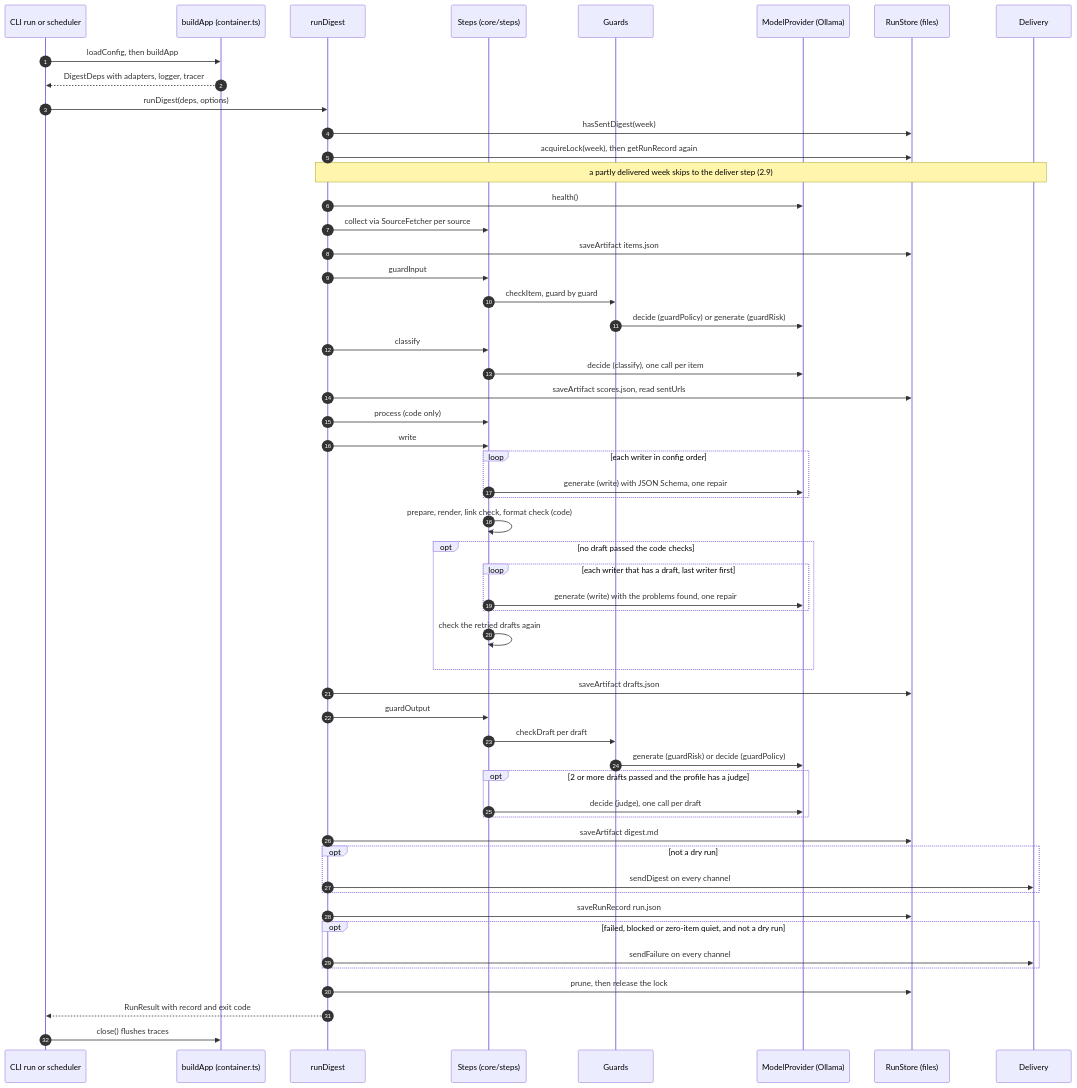
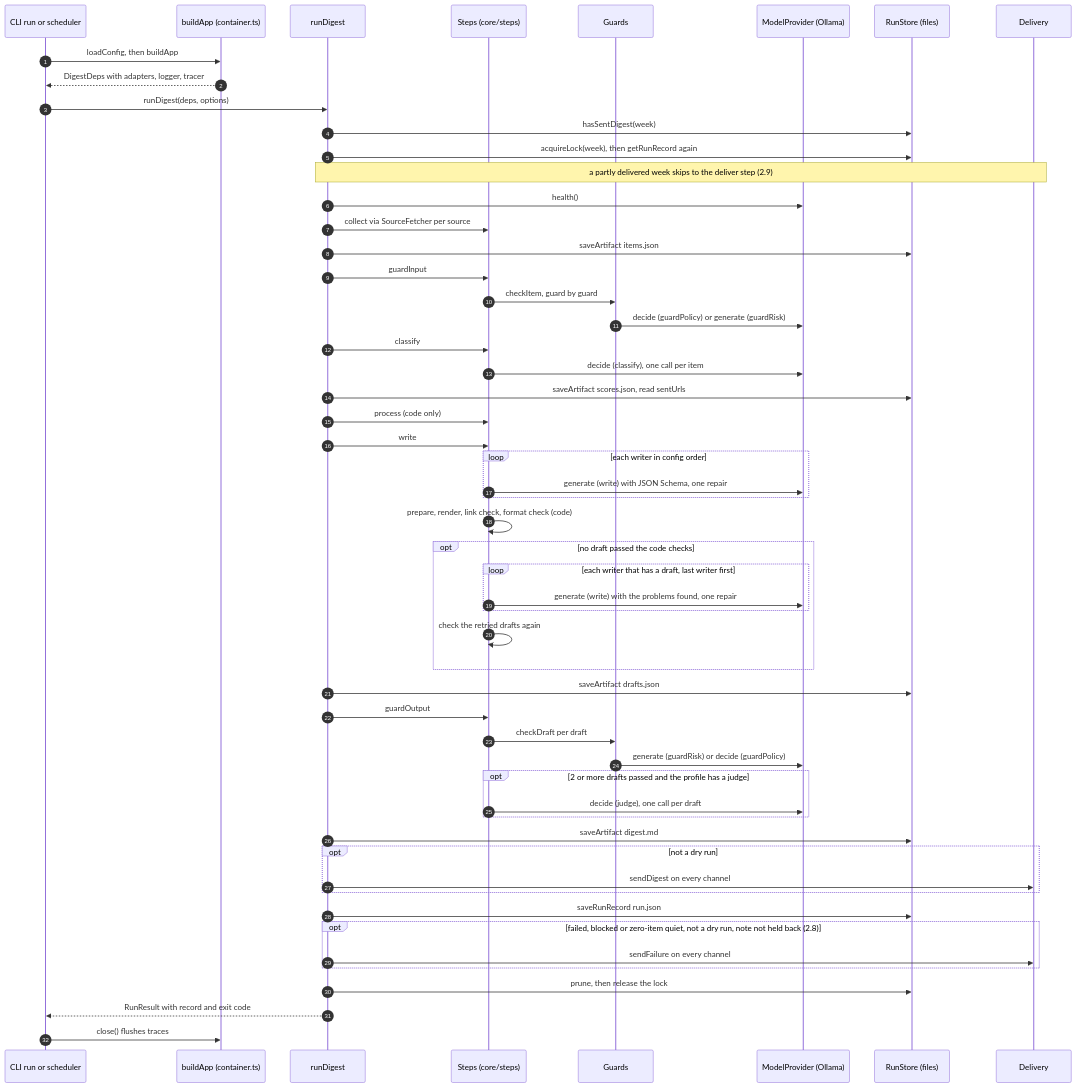
Before and after one commit to odere-pro/weekly-engineering-digest-agent: the fourth of 10 diagrams in docs/system-design.md, drawn with Mermaid. The commit also changed other lines of this file and 3 other files, not shown here.

````diff
--- a/docs/system-design.md
+++ b/docs/system-design.md
@@ -570,57 +650,57 @@
 ```mermaid
 sequenceDiagram
   autonumber
   participant EP as CLI run or scheduler
   participant APP as buildApp (container.ts)
   participant RD as runDigest
   participant ST as Steps (core/steps)
   participant GD as Guards
   participant MP as ModelProvider (Ollama)
   participant RS as RunStore (files)
   participant DL as Delivery
   EP->>APP: loadConfig, then buildApp
   APP-->>EP: DigestDeps with adapters, logger, tracer
   EP->>RD: runDigest(deps, options)
   RD->>RS: hasSentDigest(week)
   RD->>RS: acquireLock(week), then getRunRecord again
   Note over RD,DL: a partly delivered week skips to the deliver step (2.9)
   RD->>MP: health()
   RD->>ST: collect via SourceFetcher per source
   RD->>RS: saveArtifact items.json
   RD->>ST: guardInput
   ST->>GD: checkItem, guard by guard
   GD->>MP: decide (guardPolicy) or generate (guardRisk)
   RD->>ST: classify
   ST->>MP: decide (classify), one call per item
   RD->>RS: saveArtifact scores.json, read sentUrls
   RD->>ST: process (code only)
   RD->>ST: write
   loop each writer in config order
     ST->>MP: generate (write) with JSON Schema, one repair
   end
   ST->>ST: prepare, render, link check, format check (code)
   opt no draft passed the code checks
     loop each writer that has a draft, last writer first
       ST->>MP: generate (write) with the problems found, one repair
     end
     ST->>ST: check the retried drafts again
   end
   RD->>RS: saveArtifact drafts.json
   RD->>ST: guardOutput
   ST->>GD: checkDraft per draft
   GD->>MP: generate (guardRisk) or decide (guardPolicy)
   opt 2 or more drafts passed and the profile has a judge
     ST->>MP: decide (judge), one call per draft
   end
   RD->>RS: saveArtifact digest.md
   opt not a dry run
     RD->>DL: sendDigest on every channel
   end
   RD->>RS: saveRunRecord run.json
-  opt failed, blocked or zero-item quiet, and not a dry run
+  opt failed, blocked or zero-item quiet, not a dry run, note not held back (2.8)
     RD->>DL: sendFailure on every channel
   end
   RD->>RS: prune, then release the lock
   RD-->>EP: RunResult with record and exit code
   EP->>APP: close() flushes traces
 ```
````
